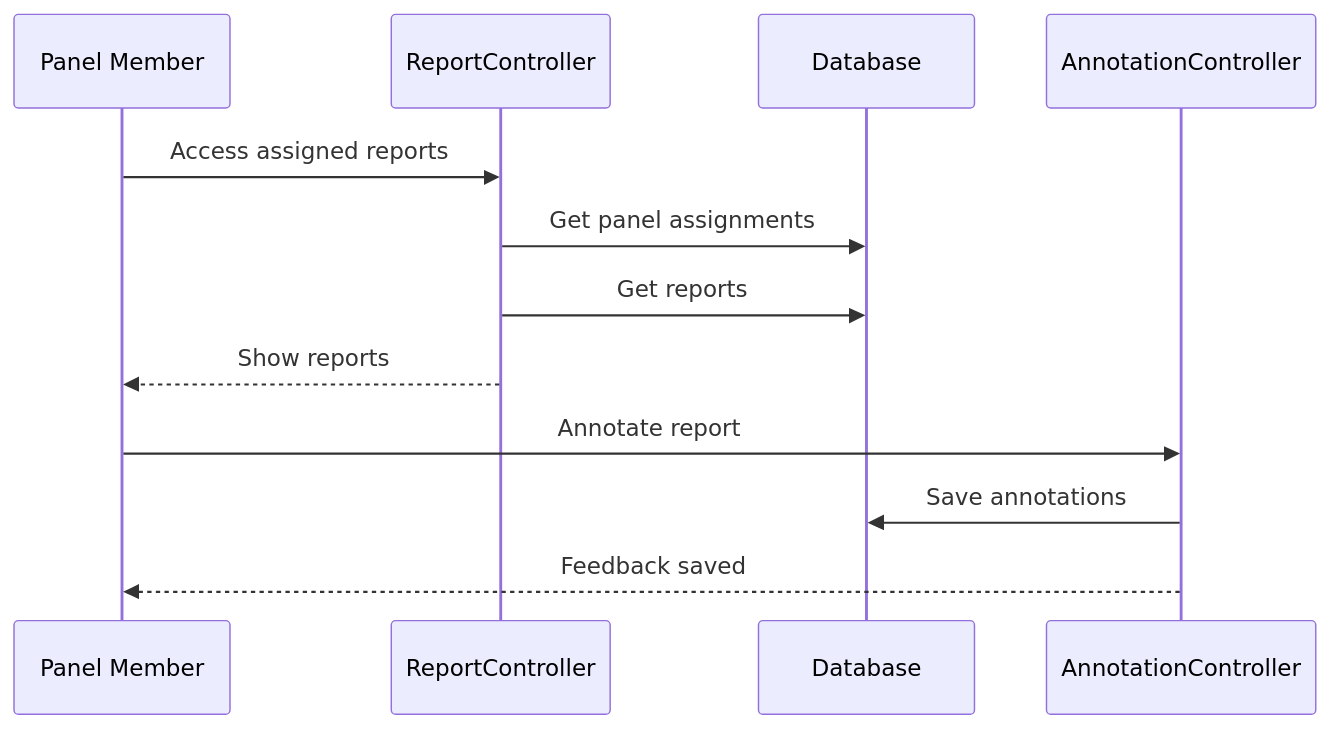
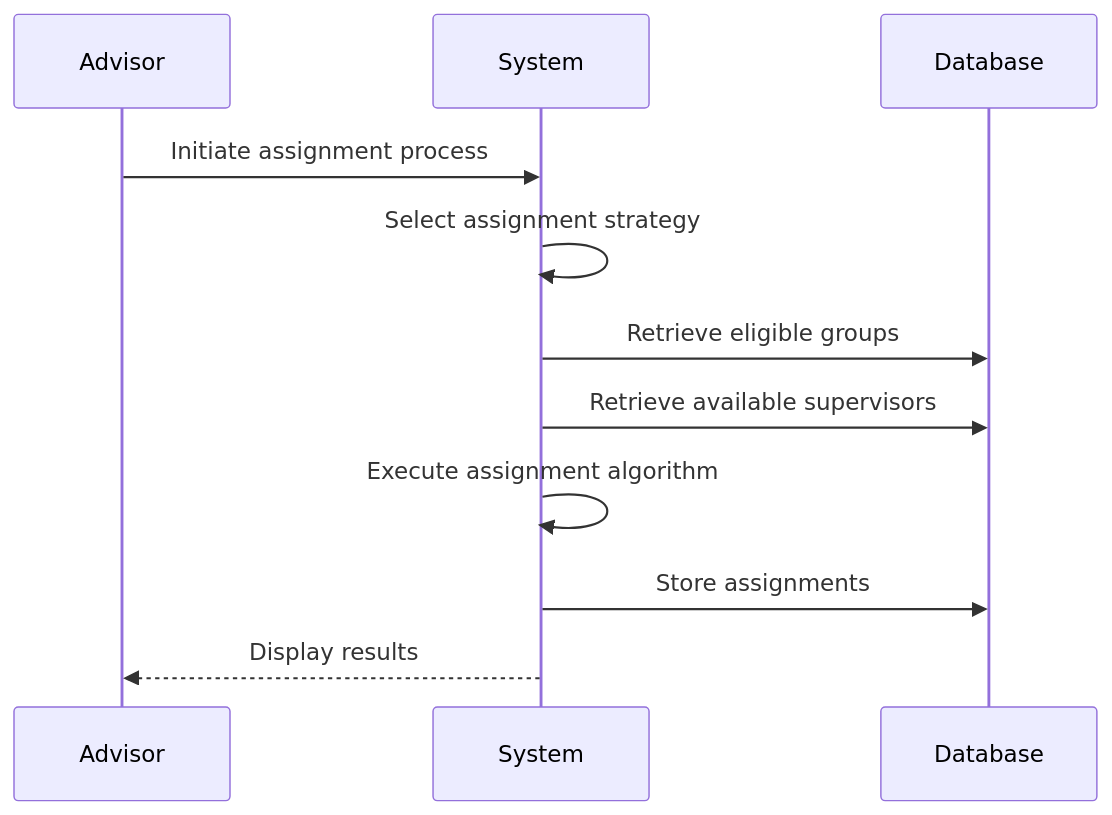
Before and after one commit to abdullah2323442/thesisrepo-backup: the ninth of 16 diagrams in sequence.md, drawn with Mermaid. The commit also changed other lines of this file, not shown here.

Commit message:
refactor(sequence-diagrams): Revise sequence diagrams for improved clarity and organization of system workflows

````diff
--- a/sequence.md
+++ b/sequence.md
@@ -268,15 +166,14 @@
 ```mermaid
 sequenceDiagram
-    participant PM as Panel Member
-    participant RC as ReportController
-    participant DB as Database
-    participant AC as AnnotationController
+    participant Advisor
+    participant System
+    participant Database
 
-    PM->>RC: Access assigned reports
-    RC->>DB: Get panel assignments
-    RC->>DB: Get reports
-    RC-->>PM: Show reports
-    PM->>AC: Annotate report
-    AC->>DB: Save annotations
-    AC-->>PM: Feedback saved
+    Advisor->>System: Initiate assignment process
+    System->>System: Select assignment strategy
+    System->>Database: Retrieve eligible groups
+    System->>Database: Retrieve available supervisors
+    System->>System: Execute assignment algorithm
+    System->>Database: Store assignments
+    System-->>Advisor: Display results
 ```
````
